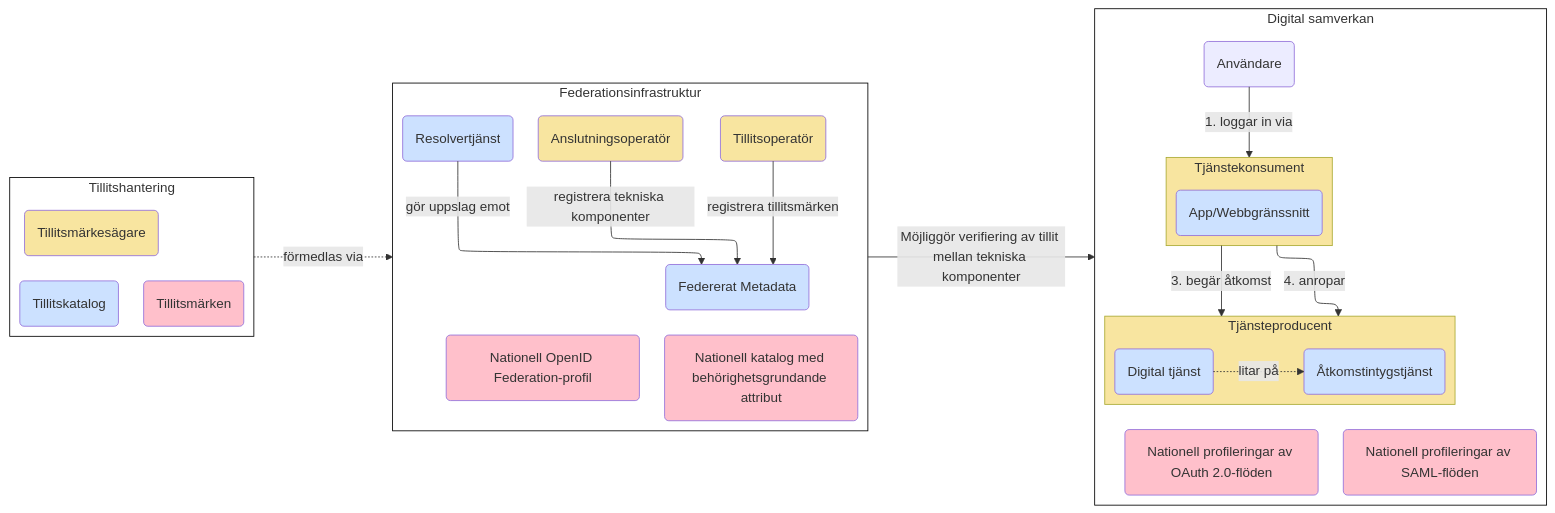
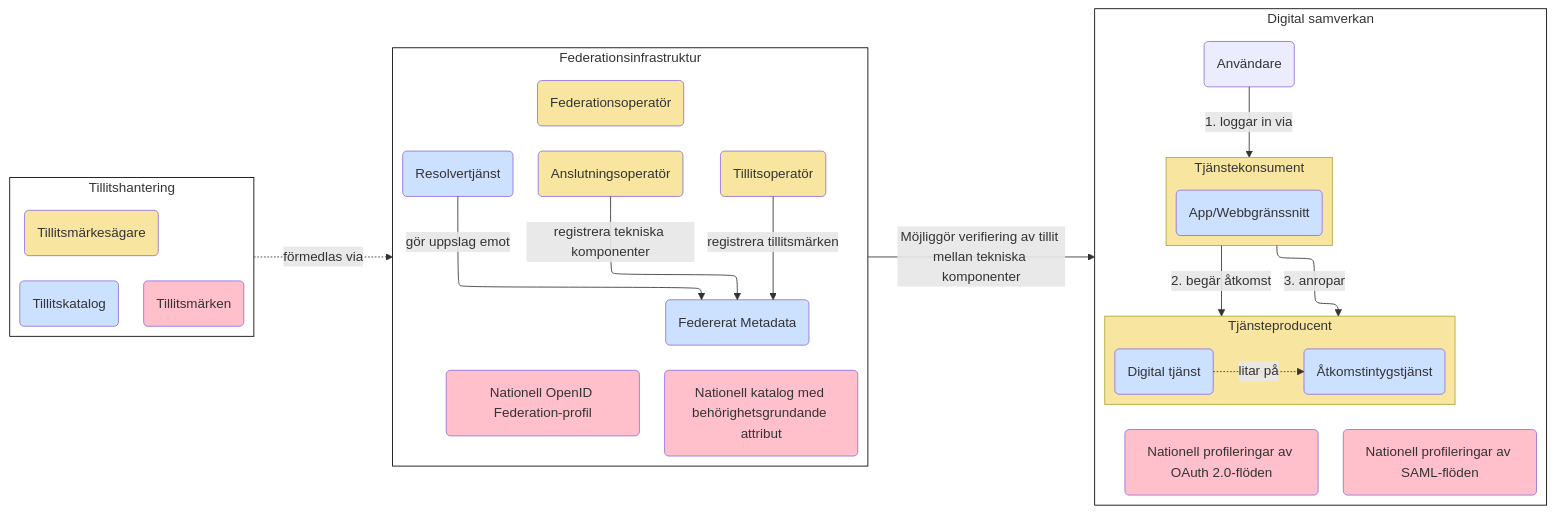
One commit to diggsweden/ena-authorization changed the tenth of 10 diagrams in architecture/drafts/IAM_TargetArchitecture_Sweden.md. Above: the diagram before and after it, drawn with Mermaid.

Commit message:
La till fedop

````diff
--- a/architecture/drafts/IAM_TargetArchitecture_Sweden.md
+++ b/architecture/drafts/IAM_TargetArchitecture_Sweden.md
@@ -459,63 +459,64 @@
 ```mermaid
 %%{init: {"flowchart": {"defaultRenderer": "elk"}} }%%
 flowchart LR
 
 classDef org fill:#F8E5A0
 classDef comp fill:#CCE1FF
 classDef box fill:#ffffff,stroke:#000000
 classDef spec fill:#FFC0CB
 
 subgraph ds[Digital samverkan]
     direction TB
 
     u(Användare)
     subgraph tk[Tjänstekonsument]
         k(App/Webbgränssnitt):::comp
     end
     tk:::org
     u --<p>1. loggar in via-->tk
 
     subgraph tp[Tjänsteproducent]
         t(Digital tjänst)-.litar på.->as(Åtkomstintygstjänst)
         t:::comp
         as:::comp
     end
     tp:::org
     oauth(Nationell profileringar av OAuth 2.0-flöden):::spec  
     saml(Nationell profileringar av SAML-flöden):::spec  
 
-    tk--<p>4. anropar-->tp
-    tk--<p>3. begär åtkomst-->tp
+    tk--<p>3. anropar-->tp
+    tk--<p>2. begär åtkomst-->tp
     tp ~~~ oauth & saml
 end
 ds:::box
 
 subgraph fed[Federationsinfrastruktur]
     direction TB
+    fa(Federationsoperatör):::org~~~r & op & tmop
     r(Resolvertjänst):::comp
     op(Anslutningsoperatör):::org
     tmop(Tillitsoperatör):::org
     m(Federerat Metadata):::comp
     oidf(Nationell OpenID Federation-profil):::spec
     beh(Nationell katalog med behörighetsgrundande attribut):::spec
 
     tmop--registrera tillitsmärken-->m
     op--registrera tekniska komponenter-->m
     r--gör uppslag emot -->m
     m~~~oidf & beh
 end
 fed:::box
 
 subgraph tillit[Tillitshantering]
     direction TB
     tmk(Tillitskatalog):::comp
     tm(Tillitsmärken):::spec
     tmä(Tillitsmärkesägare):::org
     tmä ~~~ tm & tmk
 end
 tillit:::box
 
 fed--Möjliggör verifiering av tillit mellan tekniska komponenter-->ds
 tillit-.förmedlas via.->fed
 
 ```
````
